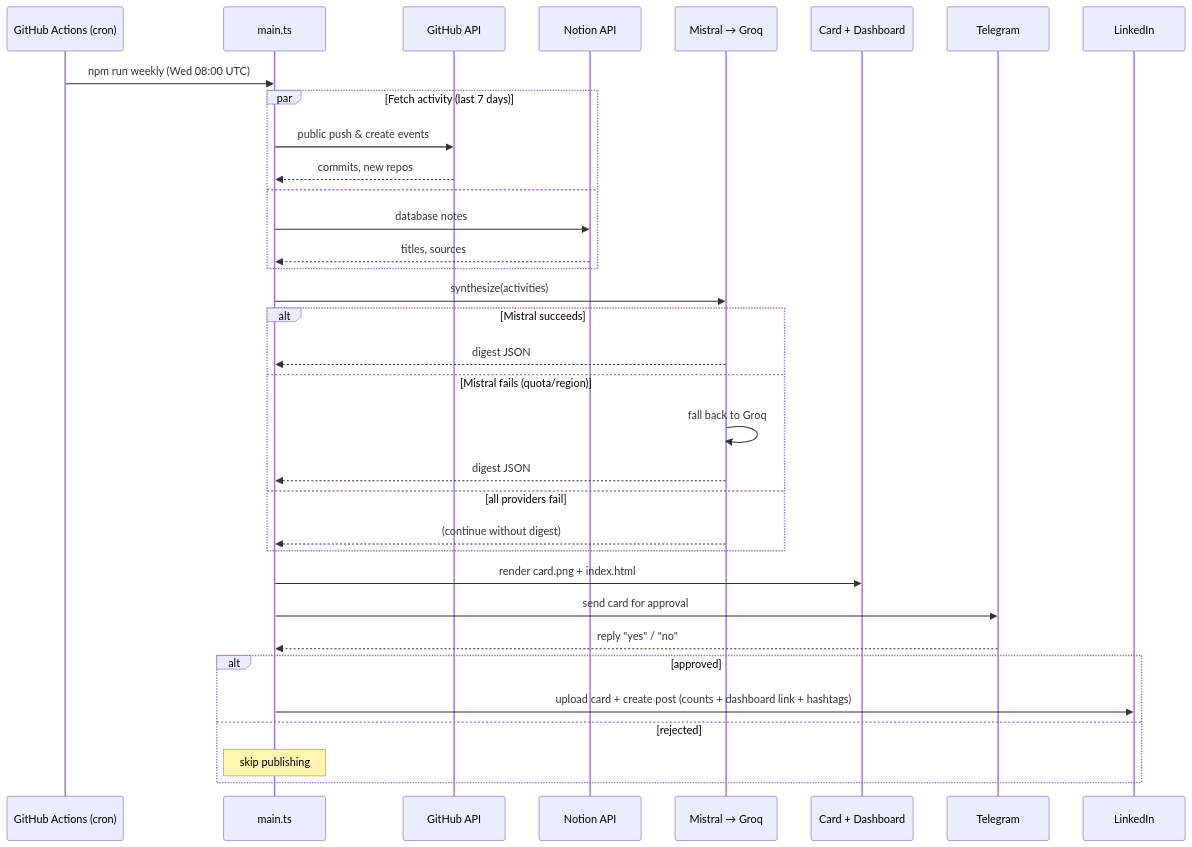
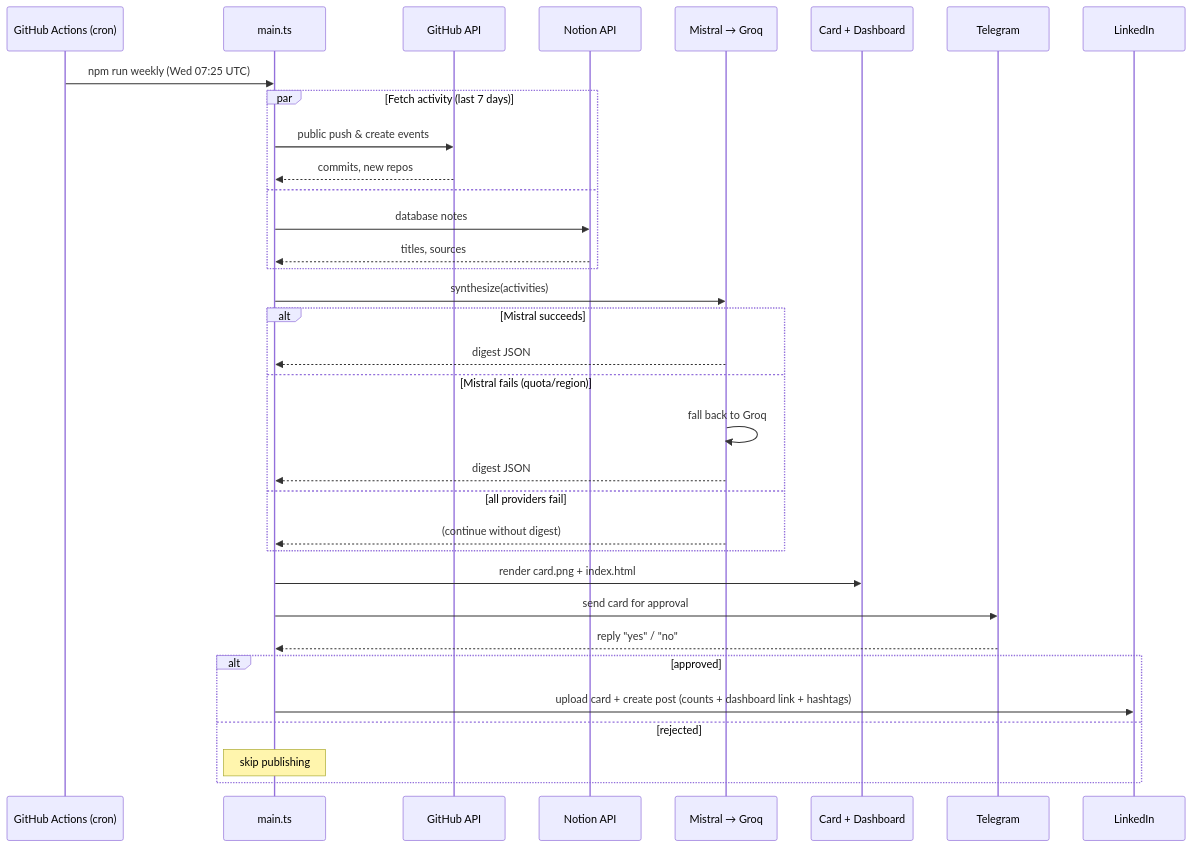
The second of 2 diagrams in README.md (jormiquis/weekly-changelog), drawn with Mermaid before and after one commit. The commit also changed other lines of this file and 12 other files, not shown here.

````diff
--- a/README.md
+++ b/README.md
@@ -93,37 +93,37 @@
 ```mermaid
 sequenceDiagram
     participant Cron as GitHub Actions (cron)
     participant Main as main.ts
     participant GH as GitHub API
     participant NO as Notion API
     participant AI as Mistral → Groq
     participant UI as Card + Dashboard
     participant TG as Telegram
     participant LI as LinkedIn
 
-    Cron->>Main: npm run weekly (Wed 08:00 UTC)
+    Cron->>Main: npm run weekly (Wed 07:25 UTC)
     par Fetch activity (last 7 days)
         Main->>GH: public push & create events
         GH-->>Main: commits, new repos
     and
         Main->>NO: database notes
         NO-->>Main: titles, sources
     end
     Main->>AI: synthesize(activities)
     alt Mistral succeeds
         AI-->>Main: digest JSON
     else Mistral fails (quota/region)
         AI->>AI: fall back to Groq
         AI-->>Main: digest JSON
     else all providers fail
         AI-->>Main: (continue without digest)
     end
     Main->>UI: render card.png + index.html
     Main->>TG: send card for approval
     TG-->>Main: reply "yes" / "no"
     alt approved
         Main->>LI: upload card + create post (counts + dashboard link + hashtags)
     else rejected
         Note over Main: skip publishing
     end
 ```
````
